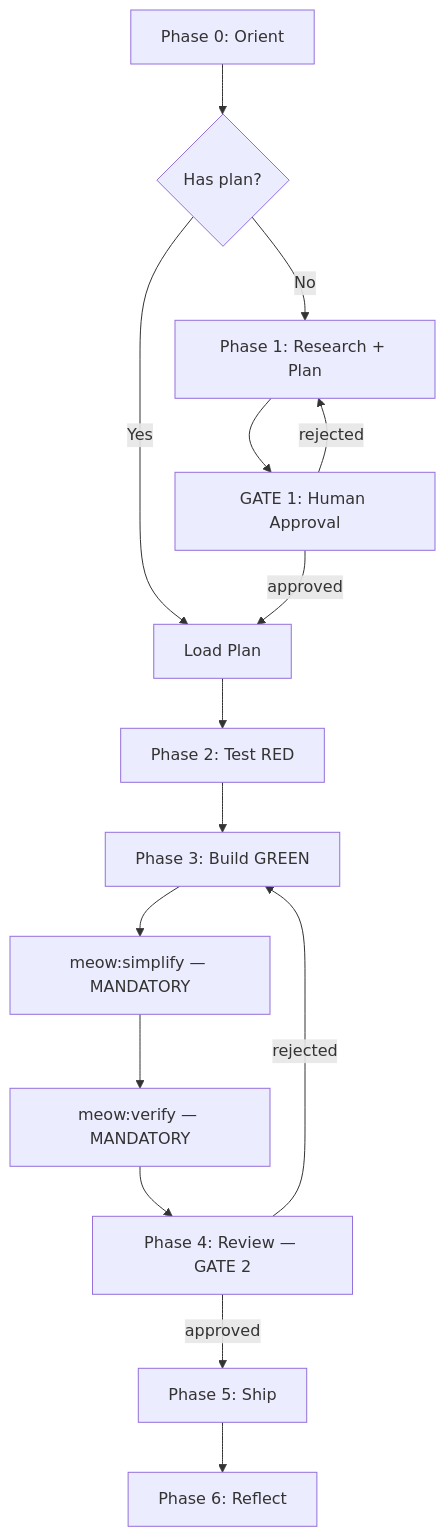
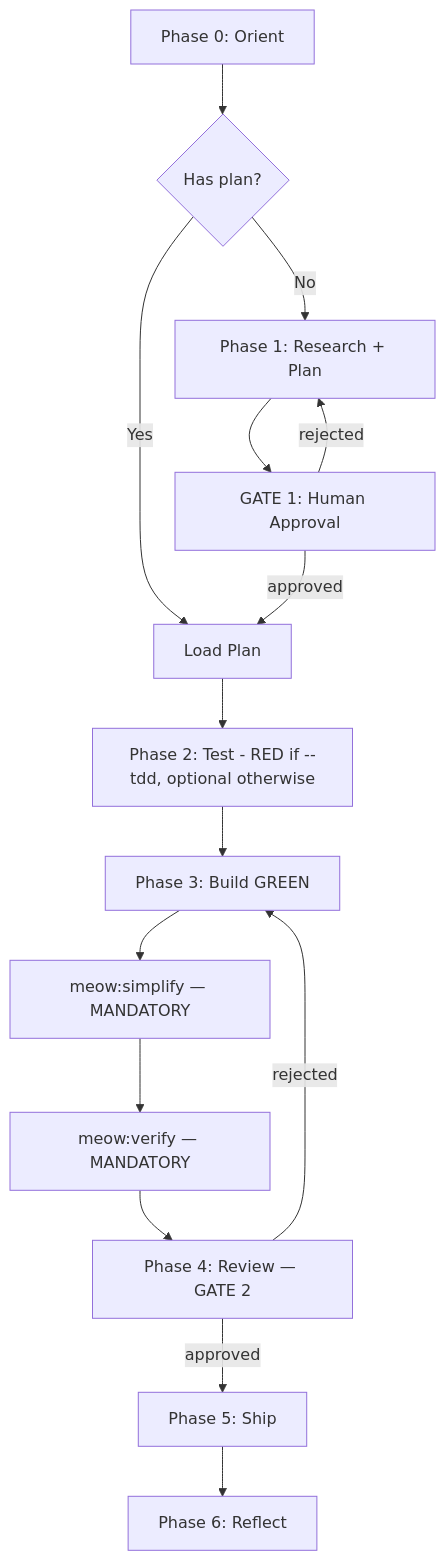
Before and after one commit to ngocsangyem/MeowKit: the diagram in .claude/skills/meow:cook/SKILL.md, drawn with Mermaid. The commit also changed other lines of this file and 97 other files, not shown here.

Commit message:
feat: make TDD enforcement optional and configurable via flag or environment variable

````diff
--- a/.claude/skills/meow:cook/SKILL.md
+++ b/.claude/skills/meow:cook/SKILL.md
@@ -56,17 +70,17 @@
 ```mermaid
 flowchart TD
     A[Phase 0: Orient] --> B{Has plan?}
     B -->|Yes| D[Load Plan]
     B -->|No| C[Phase 1: Research + Plan]
     C --> G1[GATE 1: Human Approval]
     G1 -->|approved| D
     G1 -->|rejected| C
-    D --> E[Phase 2: Test RED]
+    D --> E[Phase 2: Test - RED if --tdd, optional otherwise]
     E --> F[Phase 3: Build GREEN]
     F --> S[meow:simplify — MANDATORY]
     S --> V[meow:verify — MANDATORY]
     V --> G2[Phase 4: Review — GATE 2]
     G2 -->|approved| H[Phase 5: Ship]
     G2 -->|rejected| F
     H --> I[Phase 6: Reflect]
 ```
````
